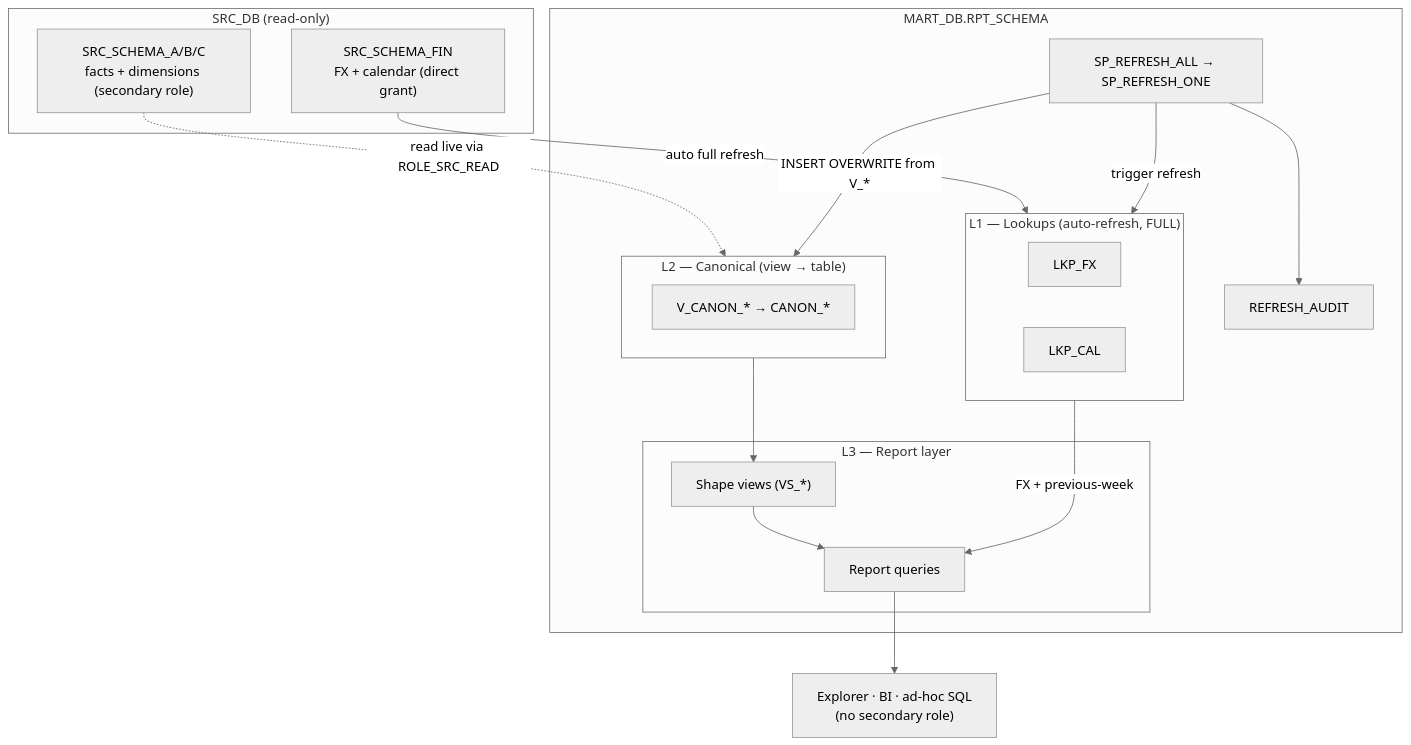
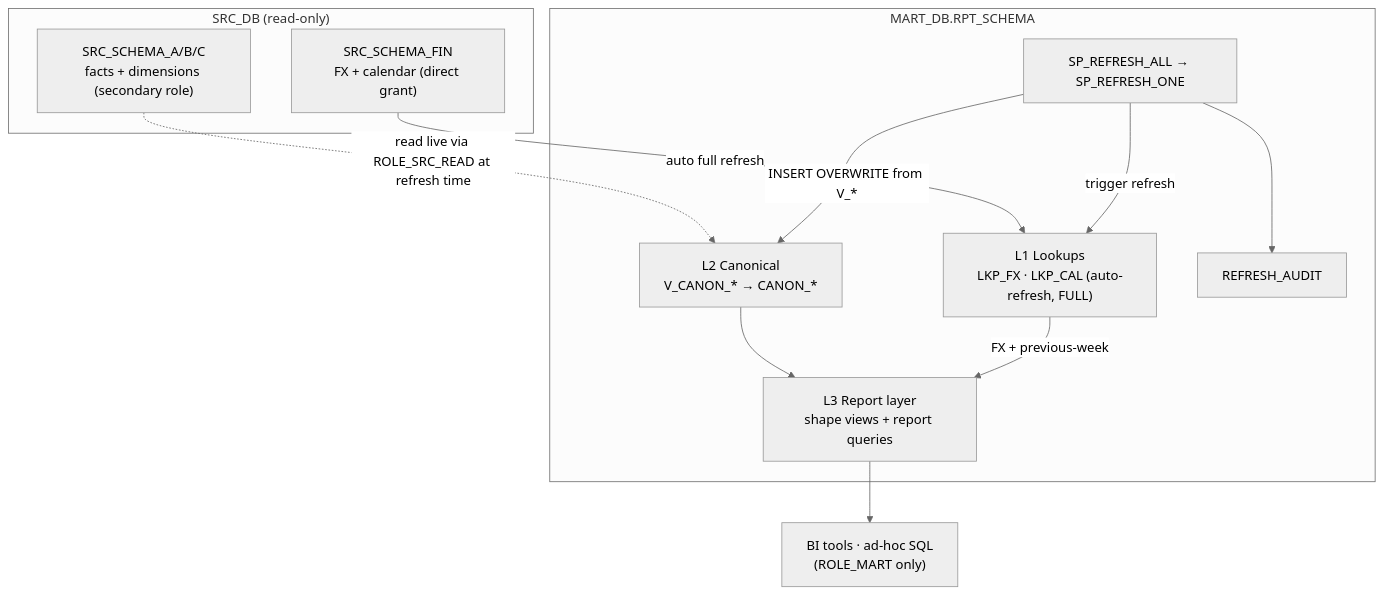
One commit to hsg09/governed-reporting-data-mart-snowflake changed the second of 5 diagrams in README.md. Above: the diagram before and after it, drawn with Mermaid (neutral theme). The commit also changed other lines of this file, not shown here.

````diff
--- a/README.md
+++ b/README.md
@@ -209,34 +147,26 @@
 ```mermaid
 graph TB
     subgraph SRC["SRC_DB (read-only)"]
         FIN["SRC_SCHEMA_FIN<br/>FX + calendar (direct grant)"]
         FACTS["SRC_SCHEMA_A/B/C<br/>facts + dimensions (secondary role)"]
     end
 
     subgraph RPT["MART_DB.RPT_SCHEMA"]
-        subgraph L1["L1 — Lookups (auto-refresh, FULL)"]
-            DT1["LKP_FX"]
-            DT2["LKP_CAL"]
-        end
-        subgraph L2["L2 — Canonical (view → table)"]
-            V1["V_CANON_* → CANON_*"]
-        end
-        subgraph L3["L3 — Report layer"]
-            SV["Shape views (VS_*)"]
-            RQ["Report queries"]
-        end
+        L1["L1 Lookups<br/>LKP_FX · LKP_CAL (auto-refresh, FULL)"]
+        L2["L2 Canonical<br/>V_CANON_* → CANON_*"]
+        L3["L3 Report layer<br/>shape views + report queries"]
         SP["SP_REFRESH_ALL → SP_REFRESH_ONE"]
         LOG["REFRESH_AUDIT"]
     end
 
-    APP["Explorer · BI · ad-hoc SQL<br/>(no secondary role)"]
+    APP["BI tools · ad-hoc SQL<br/>(ROLE_MART only)"]
 
     FIN  -->|auto full refresh| L1
-    FACTS -.->|read live via ROLE_SRC_READ| L2
+    FACTS -.->|read live via ROLE_SRC_READ at refresh time| L2
     SP   -->|INSERT OVERWRITE from V_*| L2
     SP   -->|trigger refresh| L1
     SP   --> LOG
-    L2 --> SV --> RQ
-    L1 -->|FX + previous-week| RQ
-    RQ --> APP
+    L2 --> L3
+    L1 -->|FX + previous-week| L3
+    L3 --> APP
 ```
````
